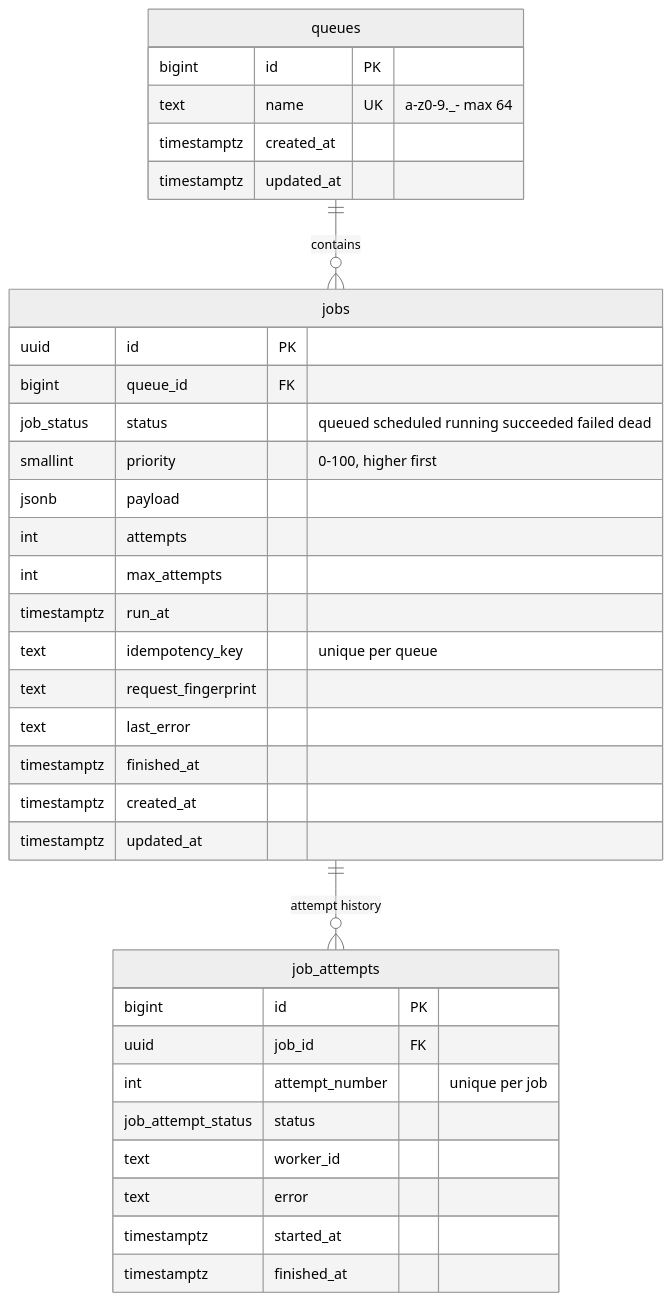
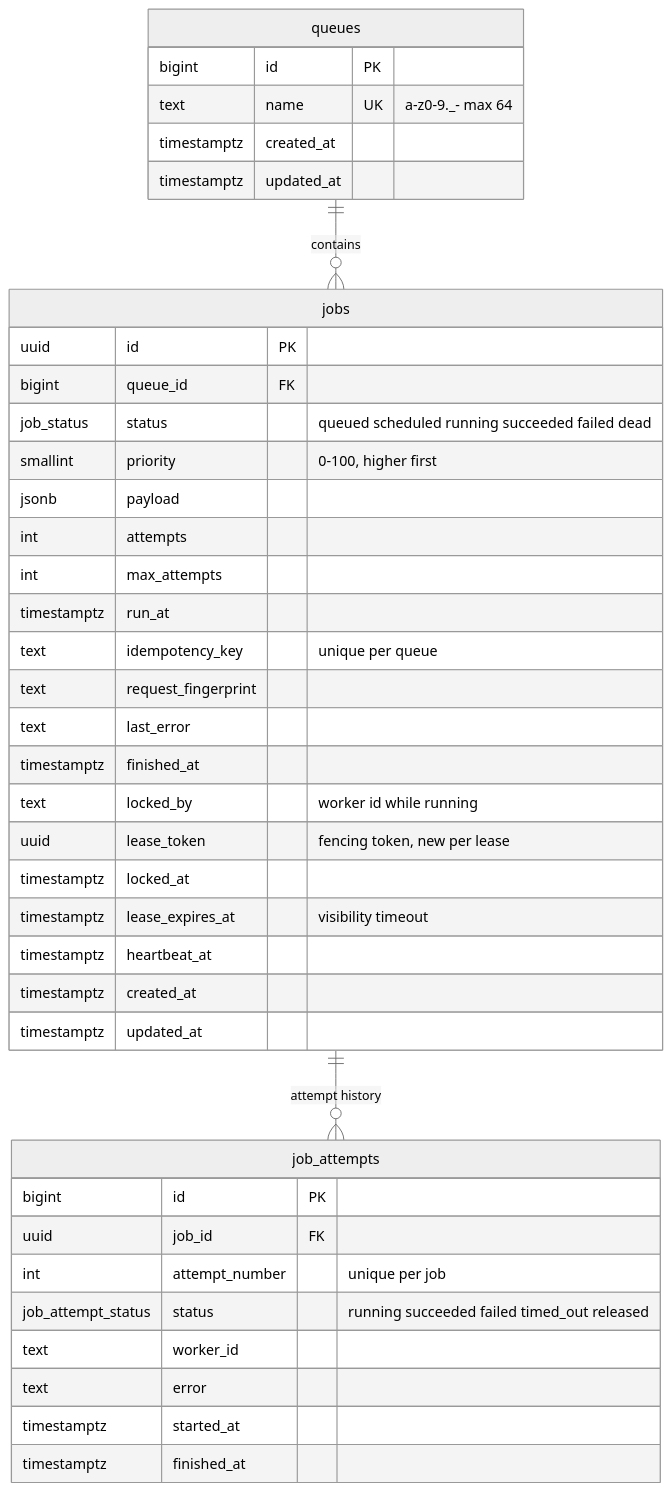
The fifth of 5 diagrams in README.md (smraddhi18/pulsequeue), drawn with Mermaid (neutral theme) before and after one commit. The commit also changed other lines of this file and 5 other files, not shown here.

````diff
--- a/README.md
+++ b/README.md
@@ -107,38 +201,43 @@
 ```mermaid
 erDiagram
     queues ||--o{ jobs : contains
     jobs ||--o{ job_attempts : "attempt history"
 
     queues {
         bigint id PK
         text name UK "a-z0-9._- max 64"
         timestamptz created_at
         timestamptz updated_at
     }
     jobs {
         uuid id PK
         bigint queue_id FK
         job_status status "queued scheduled running succeeded failed dead"
         smallint priority "0-100, higher first"
         jsonb payload
         int attempts
         int max_attempts
         timestamptz run_at
         text idempotency_key "unique per queue"
         text request_fingerprint
         text last_error
         timestamptz finished_at
+        text locked_by "worker id while running"
+        uuid lease_token "fencing token, new per lease"
+        timestamptz locked_at
+        timestamptz lease_expires_at "visibility timeout"
+        timestamptz heartbeat_at
         timestamptz created_at
         timestamptz updated_at
     }
     job_attempts {
         bigint id PK
         uuid job_id FK
         int attempt_number "unique per job"
-        job_attempt_status status
+        job_attempt_status status "running succeeded failed timed_out released"
         text worker_id
         text error
         timestamptz started_at
         timestamptz finished_at
     }
 ```
````
